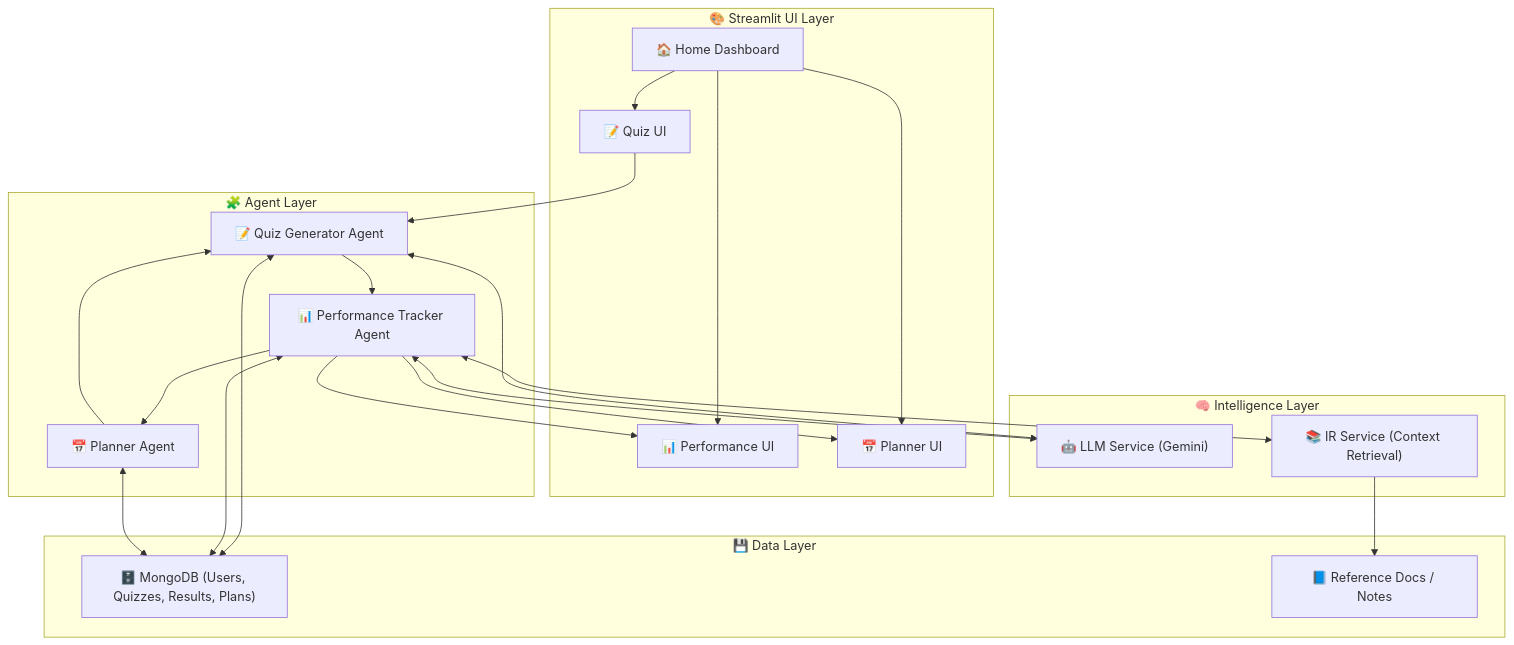
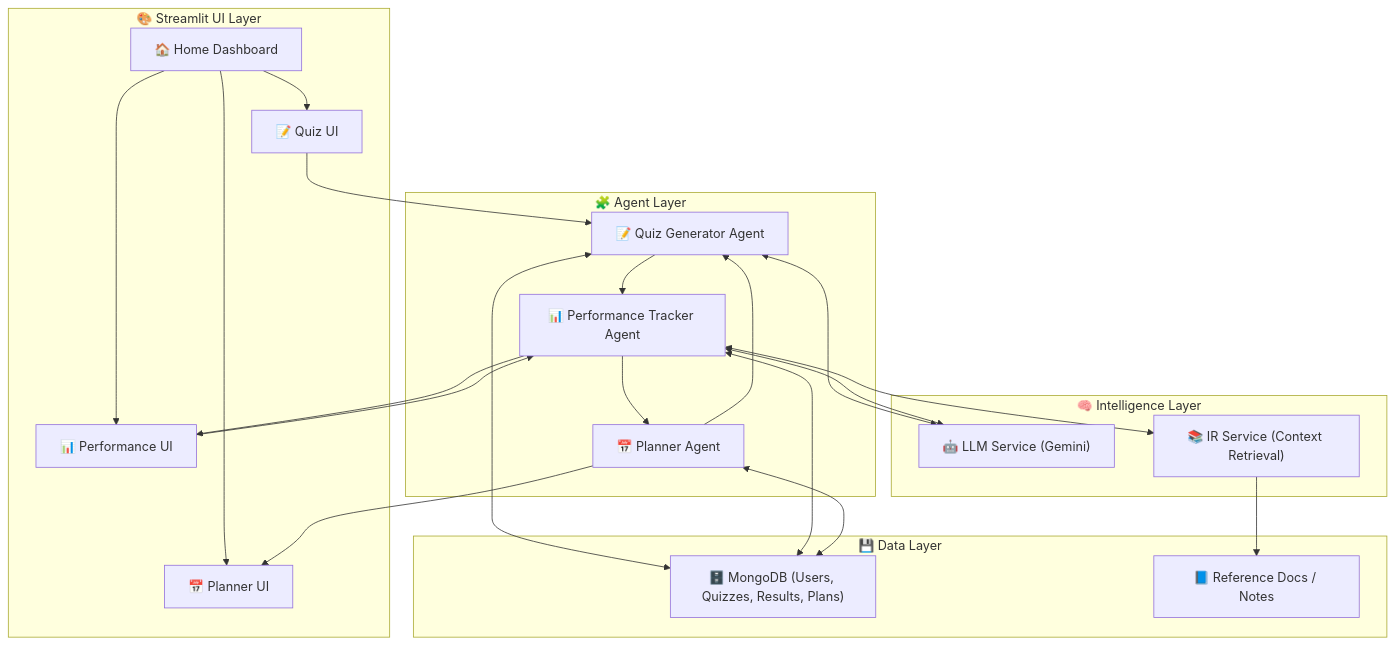
One commit to LochanaLithira/Adaptive-Exam-Preparation-AI changed the diagram in README.md. Above: the diagram before and after it, drawn with Mermaid.

````diff
--- a/README.md
+++ b/README.md
@@ -24,59 +24,60 @@
 ```mermaid
 
 flowchart TD
     %% User Layer
     subgraph UI["🎨 Streamlit UI Layer"]
         UI_Home["🏠 Home Dashboard"]
         UI_Quiz["📝 Quiz UI"]
         UI_Performance["📊 Performance UI"]
         UI_Planner["📅 Planner UI"]
     end
 
     %% Agent Layer
     subgraph AGENTS["🧩 Agent Layer"]
         C["📝 Quiz Generator Agent"]
         D["📊 Performance Tracker Agent"]
         B["📅 Planner Agent"]
     end
 
     %% Intelligence Layer
     subgraph AI["🧠 Intelligence Layer"]
         LLM["🤖 LLM Service (Gemini)"]
         IR["📚 IR Service (Context Retrieval)"]
     end
 
     %% Data Layer
     subgraph DATA["💾 Data Layer"]
         DB["🗄️ MongoDB (Users, Quizzes, Results, Plans)"]
         DOCS["📘 Reference Docs / Notes"]
     end
 
     %% UI Navigation
     UI_Home --> UI_Quiz
     UI_Home --> UI_Performance
     UI_Home --> UI_Planner
 
     %% User to Quiz Agent
     UI_Quiz --> C
+    UI_Performance --> D
 
     %% Main Agent Flow
     C --> D
     D --> B
     B --> C
 
     %% Feedback to UI
     D --> UI_Performance
-    D --> UI_Planner
+    B --> UI_Planner
 
     %% Intelligence integration
     C <--> LLM
     D <--> LLM
     D <--> IR
 
     %% Data connections
     C <--> DB
     D <--> DB
     B <--> DB
     IR --> DOCS
 
 ```
````
